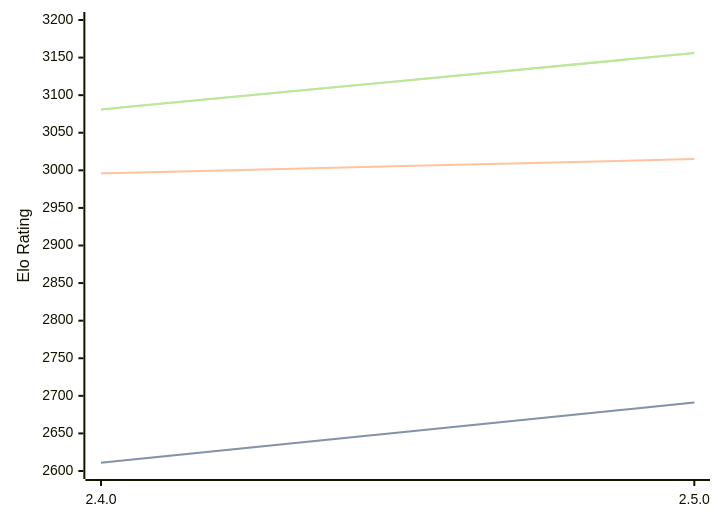
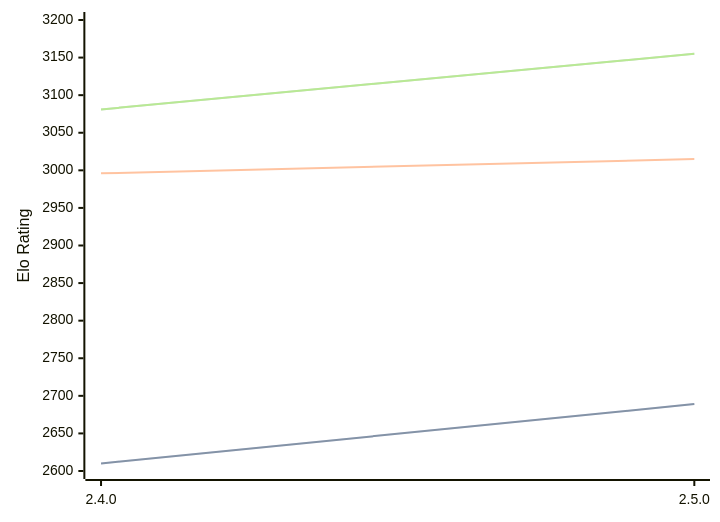
Before and after one commit to computer-chess-index/cci: the diagram in engines/Sturddle2.md, drawn with Mermaid. The commit also changed other lines of this file, not shown here.

Commit message:
Update CCI Ratings (ELO VLTC) - 2026-07-27

````diff
--- a/engines/Sturddle2.md
+++ b/engines/Sturddle2.md
@@ -37,11 +37,11 @@
 ```mermaid
 %%{init: {"theme":"base","themeVariables":{"seriesColors:['#a3a3a3','#222221','#faa371']}}}%%
 xychart-beta
   x-axis ["2.4.0", "2.5.0"]
   y-axis "Elo Rating" 2600 --> 3200
-  line "STC (8.0+0.08s)" [2611, 2691]
-  line "STC (8.0+0.08s)" [2611, 2691]
+  line "STC (8.0+0.08s)" [2610, 2689]
+  line "STC (8.0+0.08s)" [2610, 2689]
   line "LTC (60.0+0.60s)" [2996, 3015]
-  line "VLTC (2m24s+1.12s)" [3081, 3156]
-  line "VLTC (2m24s+1.12s)" [3081, 3156]
+  line "VLTC (2m24s+1.12s)" [3081, 3155]
+  line "VLTC (2m24s+1.12s)" [3081, 3155]
 ```
````
